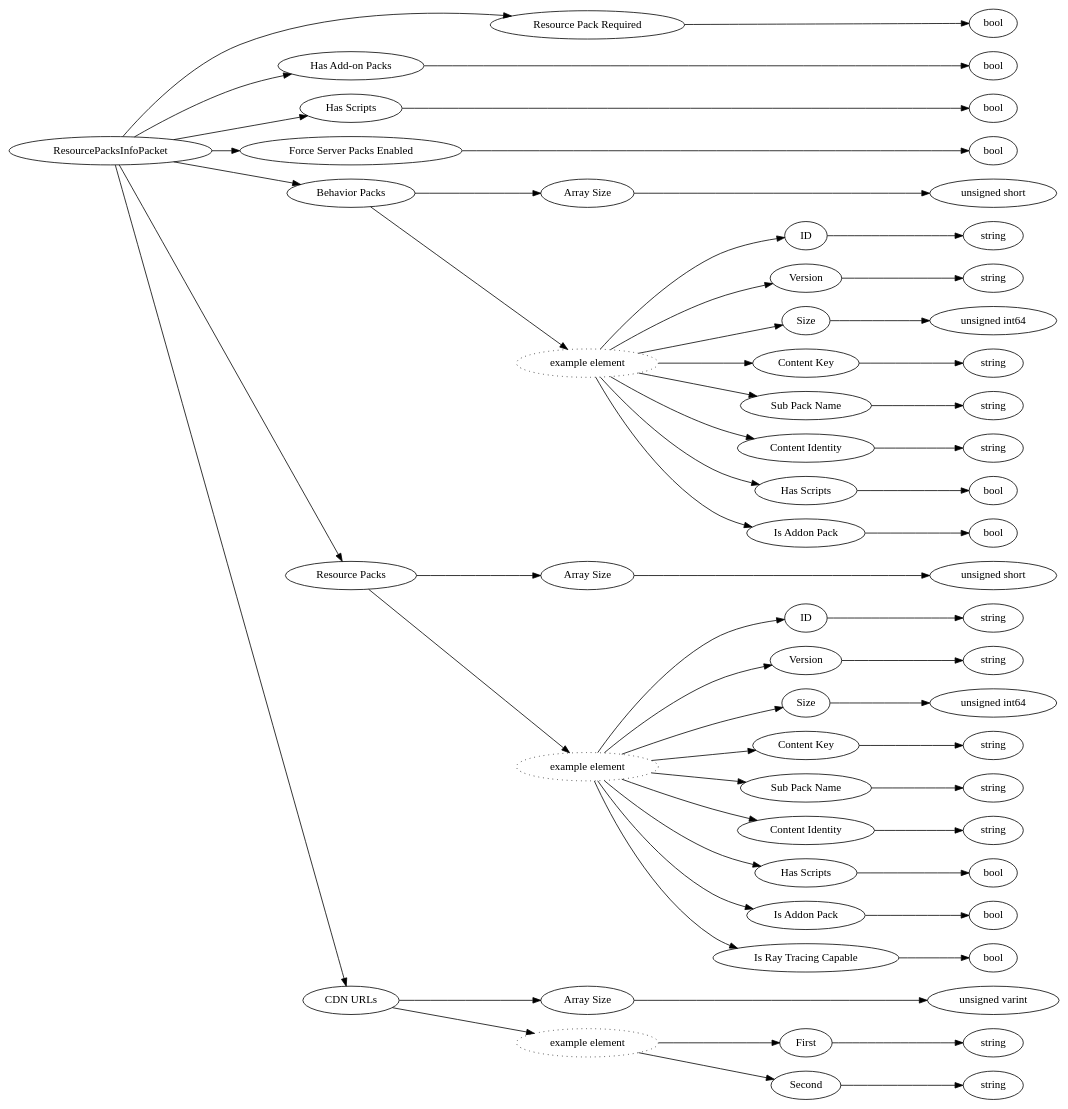
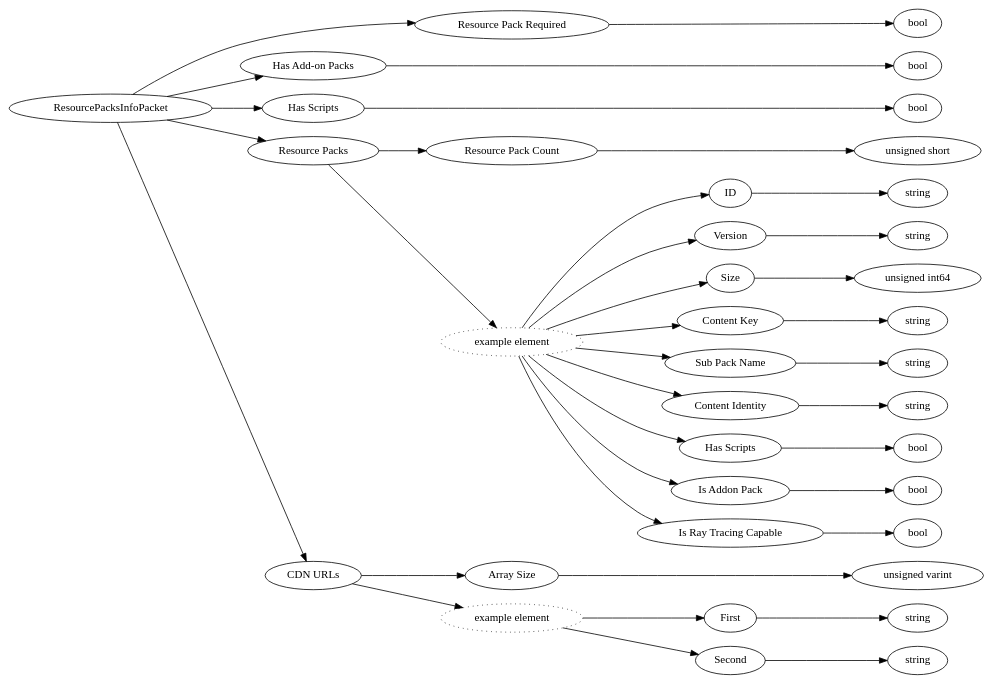
One commit to Mojang/bedrock-protocol-docs changed the diagram in dot/ResourcePacksInfoPacket.dot. Above: the diagram before and after it, drawn with Graphviz. The commit also changed 55 other files, not shown here.

```diff
--- a/dot/ResourcePacksInfoPacket.dot
+++ b/dot/ResourcePacksInfoPacket.dot
@@ -1,124 +1,80 @@
 digraph "ResourcePacksInfoPacket" {
 rankdir = LR
 0
 0 -> 1
 1 -> 2
 0 -> 3
 3 -> 4
 0 -> 5
 5 -> 6
 0 -> 7
 7 -> 8
-0 -> 9
-9 -> 10
+8 -> 9
+7 -> 10
 10 -> 11
-9 -> 12
-12 -> 13
+11 -> 12
+10 -> 13
 13 -> 14
-12 -> 15
+10 -> 15
 15 -> 16
-12 -> 17
+10 -> 17
 17 -> 18
-12 -> 19
+10 -> 19
 19 -> 20
-12 -> 21
+10 -> 21
 21 -> 22
-12 -> 23
+10 -> 23
 23 -> 24
-12 -> 25
+10 -> 25
 25 -> 26
-12 -> 27
+10 -> 27
 27 -> 28
 0 -> 29
 29 -> 30
 30 -> 31
 29 -> 32
 32 -> 33
 33 -> 34
 32 -> 35
 35 -> 36
-32 -> 37
-37 -> 38
-32 -> 39
-39 -> 40
-32 -> 41
-41 -> 42
-32 -> 43
-43 -> 44
-32 -> 45
-45 -> 46
-32 -> 47
-47 -> 48
-32 -> 49
-49 -> 50
-0 -> 51
-51 -> 52
-52 -> 53
-51 -> 54
-54 -> 55
-55 -> 56
-54 -> 57
-57 -> 58
 
 0 [label="ResourcePacksInfoPacket",comment="name: \"ResourcePacksInfoPacket\", typeName: \"\", id: 0, branchId: 6, recurseId: -1, attributes: 0, notes: \"\""];
 1 [label="Resource Pack Required",comment="name: \"Resource Pack Required\", typeName: \"\", id: 1, branchId: 0, recurseId: -1, attributes: 0, notes: \"\""];
 2 [label="bool",comment="name: \"bool\", typeName: \"\", id: 2, branchId: 0, recurseId: -1, attributes: 512, notes: \"\""];
 3 [label="Has Add-on Packs",comment="name: \"Has Add-on Packs\", typeName: \"\", id: 3, branchId: 0, recurseId: -1, attributes: 0, notes: \"\""];
 4 [label="bool",comment="name: \"bool\", typeName: \"\", id: 4, branchId: 0, recurseId: -1, attributes: 512, notes: \"\""];
 5 [label="Has Scripts",comment="name: \"Has Scripts\", typeName: \"\", id: 5, branchId: 0, recurseId: -1, attributes: 0, notes: \"\""];
 6 [label="bool",comment="name: \"bool\", typeName: \"\", id: 6, branchId: 0, recurseId: -1, attributes: 512, notes: \"\""];
-7 [label="Force Server Packs Enabled",comment="name: \"Force Server Packs Enabled\", typeName: \"\", id: 7, branchId: 0, recurseId: -1, attributes: 0, notes: \"\""];
-8 [label="bool",comment="name: \"bool\", typeName: \"\", id: 8, branchId: 0, recurseId: -1, attributes: 512, notes: \"\""];
-9 [label="Behavior Packs",comment="name: \"Behavior Packs\", typeName: \"\", id: 9, branchId: 0, recurseId: -1, attributes: 8, notes: \"\""];
-10 [label="Array Size",comment="name: \"Array Size\", typeName: \"\", id: 10, branchId: 0, recurseId: -1, attributes: 0, notes: \"\""];
-11 [label="unsigned short",comment="name: \"unsigned short\", typeName: \"\", id: 11, branchId: 0, recurseId: -1, attributes: 512, notes: \"\""];
-12 [label="example element",style=dotted,comment="name: \"example element\", typeName: \"\", id: 12, branchId: 0, recurseId: -1, attributes: 16, notes: \"\""];
-13 [label="ID",comment="name: \"ID\", typeName: \"\", id: 13, branchId: 0, recurseId: -1, attributes: 0, notes: \"\""];
+7 [label="Resource Packs",comment="name: \"Resource Packs\", typeName: \"\", id: 7, branchId: 0, recurseId: -1, attributes: 8, notes: \"\""];
+8 [label="Resource Pack Count",comment="name: \"Resource Pack Count\", typeName: \"\", id: 8, branchId: 0, recurseId: -1, attributes: 0, notes: \"\""];
+9 [label="unsigned short",comment="name: \"unsigned short\", typeName: \"\", id: 9, branchId: 0, recurseId: -1, attributes: 512, notes: \"\""];
+10 [label="example element",style=dotted,comment="name: \"example element\", typeName: \"\", id: 10, branchId: 0, recurseId: -1, attributes: 16, notes: \"\""];
+11 [label="ID",comment="name: \"ID\", typeName: \"\", id: 11, branchId: 0, recurseId: -1, attributes: 0, notes: \"\""];
+12 [label="string",comment="name: \"string\", typeName: \"\", id: 12, branchId: 0, recurseId: -1, attributes: 512, notes: \"\""];
+13 [label="Version",comment="name: \"Version\", typeName: \"\", id: 13, branchId: 0, recurseId: -1, attributes: 0, notes: \"\""];
 14 [label="string",comment="name: \"string\", typeName: \"\", id: 14, branchId: 0, recurseId: -1, attributes: 512, notes: \"\""];
-15 [label="Version",comment="name: \"Version\", typeName: \"\", id: 15, branchId: 0, recurseId: -1, attributes: 0, notes: \"\""];
-16 [label="string",comment="name: \"string\", typeName: \"\", id: 16, branchId: 0, recurseId: -1, attributes: 512, notes: \"\""];
-17 [label="Size",comment="name: \"Size\", typeName: \"\", id: 17, branchId: 0, recurseId: -1, attributes: 0, notes: \"\""];
-18 [label="unsigned int64",comment="name: \"unsigned int64\", typeName: \"\", id: 18, branchId: 0, recurseId: -1, attributes: 512, notes: \"\""];
-19 [label="Content Key",comment="name: \"Content Key\", typeName: \"\", id: 19, branchId: 0, recurseId: -1, attributes: 0, notes: \"\""];
+15 [label="Size",comment="name: \"Size\", typeName: \"\", id: 15, branchId: 0, recurseId: -1, attributes: 0, notes: \"\""];
+16 [label="unsigned int64",comment="name: \"unsigned int64\", typeName: \"\", id: 16, branchId: 0, recurseId: -1, attributes: 512, notes: \"\""];
+17 [label="Content Key",comment="name: \"Content Key\", typeName: \"\", id: 17, branchId: 0, recurseId: -1, attributes: 0, notes: \"\""];
+18 [label="string",comment="name: \"string\", typeName: \"\", id: 18, branchId: 0, recurseId: -1, attributes: 512, notes: \"\""];
+19 [label="Sub Pack Name",comment="name: \"Sub Pack Name\", typeName: \"\", id: 19, branchId: 0, recurseId: -1, attributes: 0, notes: \"\""];
 20 [label="string",comment="name: \"string\", typeName: \"\", id: 20, branchId: 0, recurseId: -1, attributes: 512, notes: \"\""];
-21 [label="Sub Pack Name",comment="name: \"Sub Pack Name\", typeName: \"\", id: 21, branchId: 0, recurseId: -1, attributes: 0, notes: \"\""];
+21 [label="Content Identity",comment="name: \"Content Identity\", typeName: \"\", id: 21, branchId: 0, recurseId: -1, attributes: 0, notes: \"\""];
 22 [label="string",comment="name: \"string\", typeName: \"\", id: 22, branchId: 0, recurseId: -1, attributes: 512, notes: \"\""];
-23 [label="Content Identity",comment="name: \"Content Identity\", typeName: \"\", id: 23, branchId: 0, recurseId: -1, attributes: 0, notes: \"\""];
-24 [label="string",comment="name: \"string\", typeName: \"\", id: 24, branchId: 0, recurseId: -1, attributes: 512, notes: \"\""];
-25 [label="Has Scripts",comment="name: \"Has Scripts\", typeName: \"\", id: 25, branchId: 0, recurseId: -1, attributes: 0, notes: \"\""];
+23 [label="Has Scripts",comment="name: \"Has Scripts\", typeName: \"\", id: 23, branchId: 0, recurseId: -1, attributes: 0, notes: \"\""];
+24 [label="bool",comment="name: \"bool\", typeName: \"\", id: 24, branchId: 0, recurseId: -1, attributes: 512, notes: \"\""];
+25 [label="Is Addon Pack",comment="name: \"Is Addon Pack\", typeName: \"\", id: 25, branchId: 0, recurseId: -1, attributes: 0, notes: \"Indicates this pack is part of an Add-On. Helps clients determine if the pack must be downloaded to join the server as Add-On packs are required to play without issues.\""];
 26 [label="bool",comment="name: \"bool\", typeName: \"\", id: 26, branchId: 0, recurseId: -1, attributes: 512, notes: \"\""];
-27 [label="Is Addon Pack",comment="name: \"Is Addon Pack\", typeName: \"\", id: 27, branchId: 0, recurseId: -1, attributes: 0, notes: \"Indicates this pack is part of an Add-On. Helps clients determine if the pack must be downloaded to join the server as Add-On packs are required to play without issues.\""];
+27 [label="Is Ray Tracing Capable",comment="name: \"Is Ray Tracing Capable\", typeName: \"\", id: 27, branchId: 0, recurseId: -1, attributes: 0, notes: \"\""];
 28 [label="bool",comment="name: \"bool\", typeName: \"\", id: 28, branchId: 0, recurseId: -1, attributes: 512, notes: \"\""];
-29 [label="Resource Packs",comment="name: \"Resource Packs\", typeName: \"\", id: 29, branchId: 0, recurseId: -1, attributes: 8, notes: \"\""];
+29 [label="CDN URLs",comment="name: \"CDN URLs\", typeName: \"\", id: 29, branchId: 0, recurseId: -1, attributes: 8, notes: \"\""];
 30 [label="Array Size",comment="name: \"Array Size\", typeName: \"\", id: 30, branchId: 0, recurseId: -1, attributes: 0, notes: \"\""];
-31 [label="unsigned short",comment="name: \"unsigned short\", typeName: \"\", id: 31, branchId: 0, recurseId: -1, attributes: 512, notes: \"\""];
+31 [label="unsigned varint",comment="name: \"unsigned varint\", typeName: \"\", id: 31, branchId: 0, recurseId: -1, attributes: 512, notes: \"\""];
 32 [label="example element",style=dotted,comment="name: \"example element\", typeName: \"\", id: 32, branchId: 0, recurseId: -1, attributes: 16, notes: \"\""];
-33 [label="ID",comment="name: \"ID\", typeName: \"\", id: 33, branchId: 0, recurseId: -1, attributes: 0, notes: \"\""];
+33 [label="First",comment="name: \"First\", typeName: \"\", id: 33, branchId: 0, recurseId: -1, attributes: 0, notes: \"\""];
 34 [label="string",comment="name: \"string\", typeName: \"\", id: 34, branchId: 0, recurseId: -1, attributes: 512, notes: \"\""];
-35 [label="Version",comment="name: \"Version\", typeName: \"\", id: 35, branchId: 0, recurseId: -1, attributes: 0, notes: \"\""];
+35 [label="Second",comment="name: \"Second\", typeName: \"\", id: 35, branchId: 0, recurseId: -1, attributes: 0, notes: \"\""];
 36 [label="string",comment="name: \"string\", typeName: \"\", id: 36, branchId: 0, recurseId: -1, attributes: 512, notes: \"\""];
-37 [label="Size",comment="name: \"Size\", typeName: \"\", id: 37, branchId: 0, recurseId: -1, attributes: 0, notes: \"\""];
-38 [label="unsigned int64",comment="name: \"unsigned int64\", typeName: \"\", id: 38, branchId: 0, recurseId: -1, attributes: 512, notes: \"\""];
-39 [label="Content Key",comment="name: \"Content Key\", typeName: \"\", id: 39, branchId: 0, recurseId: -1, attributes: 0, notes: \"\""];
-40 [label="string",comment="name: \"string\", typeName: \"\", id: 40, branchId: 0, recurseId: -1, attributes: 512, notes: \"\""];
-41 [label="Sub Pack Name",comment="name: \"Sub Pack Name\", typeName: \"\", id: 41, branchId: 0, recurseId: -1, attributes: 0, notes: \"\""];
-42 [label="string",comment="name: \"string\", typeName: \"\", id: 42, branchId: 0, recurseId: -1, attributes: 512, notes: \"\""];
-43 [label="Content Identity",comment="name: \"Content Identity\", typeName: \"\", id: 43, branchId: 0, recurseId: -1, attributes: 0, notes: \"\""];
-44 [label="string",comment="name: \"string\", typeName: \"\", id: 44, branchId: 0, recurseId: -1, attributes: 512, notes: \"\""];
-45 [label="Has Scripts",comment="name: \"Has Scripts\", typeName: \"\", id: 45, branchId: 0, recurseId: -1, attributes: 0, notes: \"\""];
-46 [label="bool",comment="name: \"bool\", typeName: \"\", id: 46, branchId: 0, recurseId: -1, attributes: 512, notes: \"\""];
-47 [label="Is Addon Pack",comment="name: \"Is Addon Pack\", typeName: \"\", id: 47, branchId: 0, recurseId: -1, attributes: 0, notes: \"Indicates this pack is part of an Add-On. Helps clients determine if the pack must be downloaded to join the server as Add-On packs are required to play without issues.\""];
-48 [label="bool",comment="name: \"bool\", typeName: \"\", id: 48, branchId: 0, recurseId: -1, attributes: 512, notes: \"\""];
-49 [label="Is Ray Tracing Capable",comment="name: \"Is Ray Tracing Capable\", typeName: \"\", id: 49, branchId: 0, recurseId: -1, attributes: 0, notes: \"\""];
-50 [label="bool",comment="name: \"bool\", typeName: \"\", id: 50, branchId: 0, recurseId: -1, attributes: 512, notes: \"\""];
-51 [label="CDN URLs",comment="name: \"CDN URLs\", typeName: \"\", id: 51, branchId: 0, recurseId: -1, attributes: 8, notes: \"\""];
-52 [label="Array Size",comment="name: \"Array Size\", typeName: \"\", id: 52, branchId: 0, recurseId: -1, attributes: 0, notes: \"\""];
-53 [label="unsigned varint",comment="name: \"unsigned varint\", typeName: \"\", id: 53, branchId: 0, recurseId: -1, attributes: 512, notes: \"\""];
-54 [label="example element",style=dotted,comment="name: \"example element\", typeName: \"\", id: 54, branchId: 0, recurseId: -1, attributes: 16, notes: \"\""];
-55 [label="First",comment="name: \"First\", typeName: \"\", id: 55, branchId: 0, recurseId: -1, attributes: 0, notes: \"\""];
-56 [label="string",comment="name: \"string\", typeName: \"\", id: 56, branchId: 0, recurseId: -1, attributes: 512, notes: \"\""];
-57 [label="Second",comment="name: \"Second\", typeName: \"\", id: 57, branchId: 0, recurseId: -1, attributes: 0, notes: \"\""];
-58 [label="string",comment="name: \"string\", typeName: \"\", id: 58, branchId: 0, recurseId: -1, attributes: 512, notes: \"\""];
-{ rank = max;2;4;6;8;11;14;16;18;20;22;24;26;28;31;34;36;38;40;42;44;46;48;50;53;56;58}
+{ rank = max;2;4;6;9;12;14;16;18;20;22;24;26;28;31;34;36}
 
 }
```
